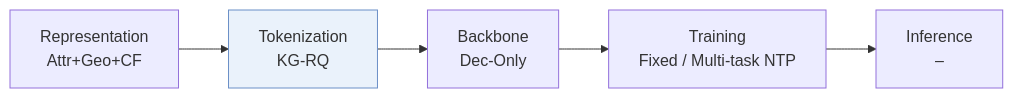
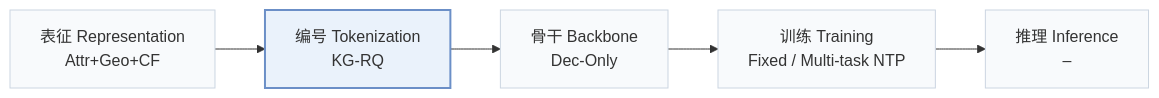
The first of 2 diagrams in pages/zh/papers/kgtb.md (Galaxy-ghost/Awesome-SID-Generative-Rec), drawn with Mermaid before and after one commit. The commit also changed other lines of this file and 649 other files, not shown here.

Commit message:
writer-05: also tags and modality index (schema, check, build, visuals); summary field removed; calibration data for 12 papers

````diff
--- a/pages/zh/papers/kgtb.md
+++ b/pages/zh/papers/kgtb.md
@@ -13,6 +15,8 @@
 ```mermaid
 flowchart LR
-    R["Representation<br/>Attr+Geo+CF"] --> T["Tokenization<br/>KG-RQ"] --> B["Backbone<br/>Dec-Only"] --> TR["Training<br/>Fixed / Multi-task NTP"] --> I["Inference<br/>–"]
-    classDef main fill:#eaf2fb,stroke:#6b8fc7
+    R["表征 Representation<br/>Attr+Geo+CF"] --> T["编号 Tokenization<br/>KG-RQ"] --> B["骨干 Backbone<br/>Dec-Only"] --> TR["训练 Training<br/>Fixed / Multi-task NTP"] --> I["推理 Inference<br/>–"]
+    classDef base fill:#f8fafc,stroke:#cbd5e1
+    class R,T,B,TR,I base
+    classDef main fill:#eaf2fb,stroke:#6b8fc7,stroke-width:2px
     class T main
 ```
````
